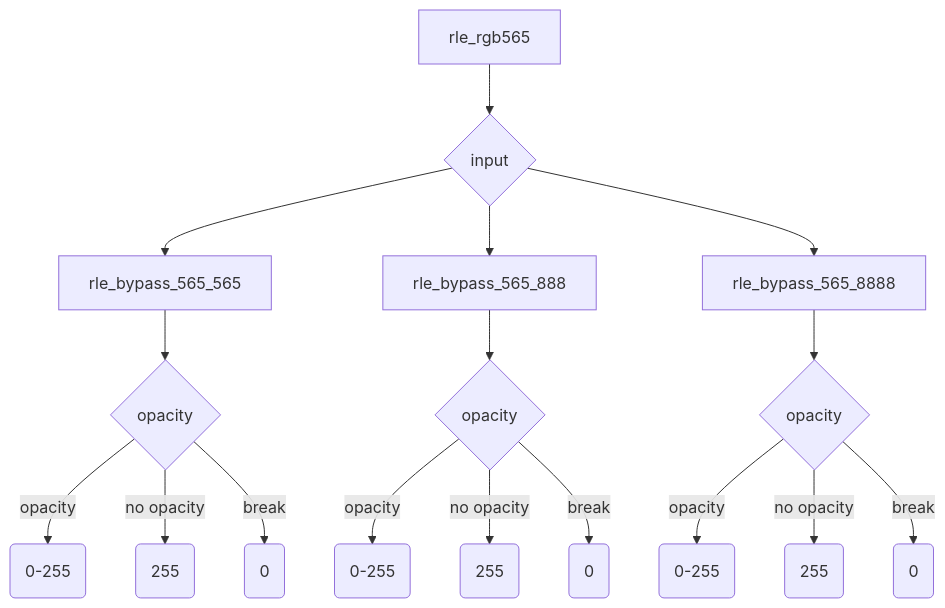
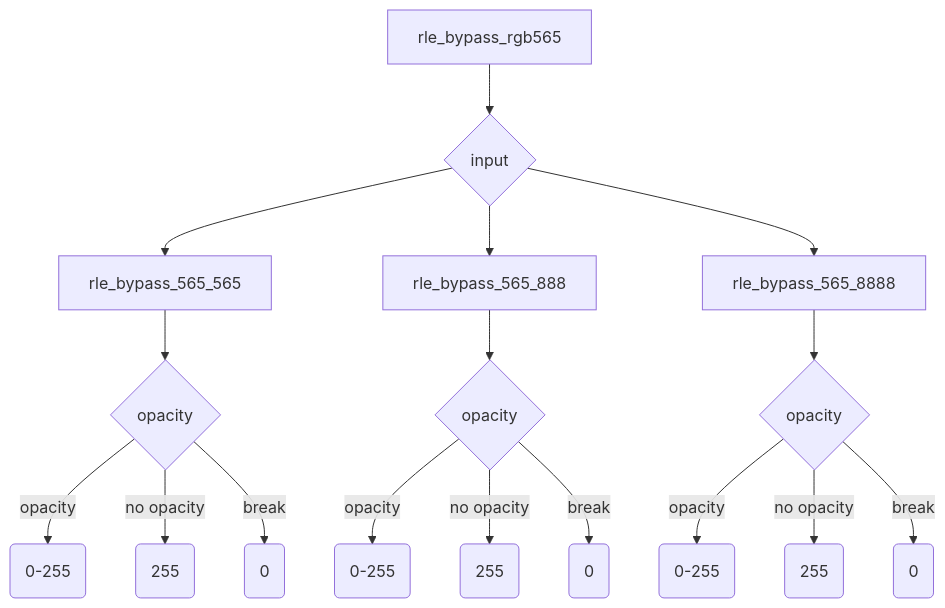
One commit to realmcu/HoneyGUI changed diagram 12 of 19 in doc/source/Design/index.md. Above: the diagram before and after it, drawn with Mermaid. The commit also changed other lines of this file, not shown here.

First line of the commit message:
GUI: sw doc add bypass matrix mode

````diff
--- a/doc/source/Design/index.md
+++ b/doc/source/Design/index.md
@@ -471,19 +479,19 @@
 ```{mermaid}
 graph TD
-rle_rgb565 --> rle_bypass_565{input}
+rle_bypass_rgb565 --> rle_bypass_565{input}
 rle_bypass_565 --> | |rle_bypass_565_565
 rle_bypass_565_565 --> rle_bypass_opacity_case565{opacity}
-rle_bypass_opacity_case565 --> |opacity|rle_bypass_opacity_value0_255(0-255)
+rle_bypass_opacity_case565 --> |opacity| rle_bypass_opacity_value0_255(0-255)
 rle_bypass_opacity_case565 --> |no opacity|rle_bypass_opacity_value255(255)
 rle_bypass_opacity_case565 --> |break|rle_bypass_opacity_value0(0)
 rle_bypass_565 --> | |rle_bypass_565_888
 rle_bypass_565_888--> rle_bypass_opacity_case888{opacity}
 rle_bypass_opacity_case888 --> |opacity|rle_bypass_opacity_value888_0_255(0-255)
 rle_bypass_opacity_case888 --> |no opacity|rle_bypass_opacity_value888_255(255)
 rle_bypass_opacity_case888 --> |break|rle_bypass_opacity_value888_0(0)
 rle_bypass_565 --> | |rle_bypass_565_8888
 rle_bypass_565_8888 --> rle_bypass_opacity_case8888{opacity}
 rle_bypass_opacity_case8888 --> |opacity|rle_bypass_opacity_value8888_0_255(0-255)
 rle_bypass_opacity_case8888 --> |no opacity|rle_bypass_opacity_value8888_255(255)
 rle_bypass_opacity_case8888 --> |break|rle_bypass_opacity_value8888_0(0)
 ```
````
